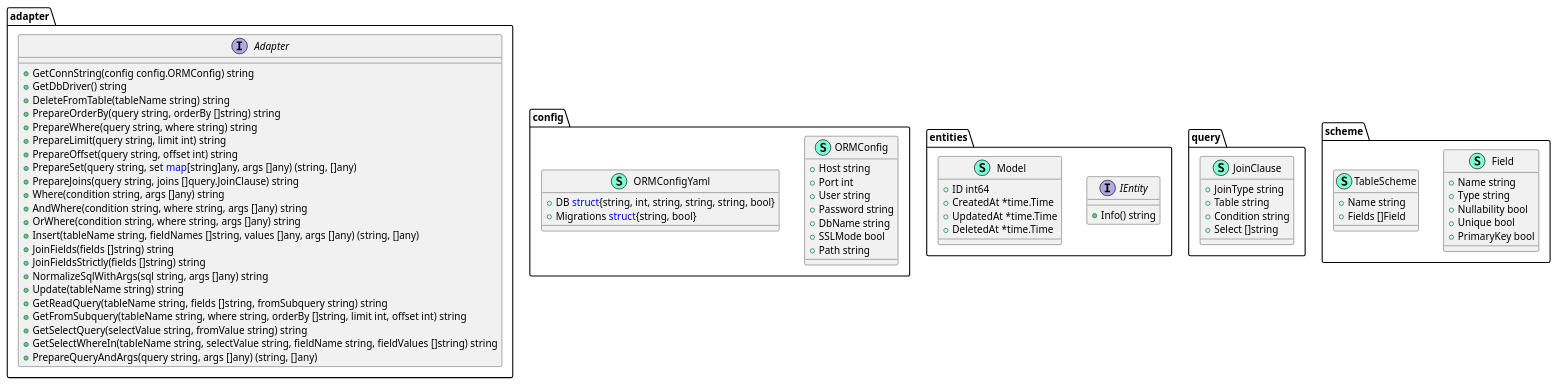
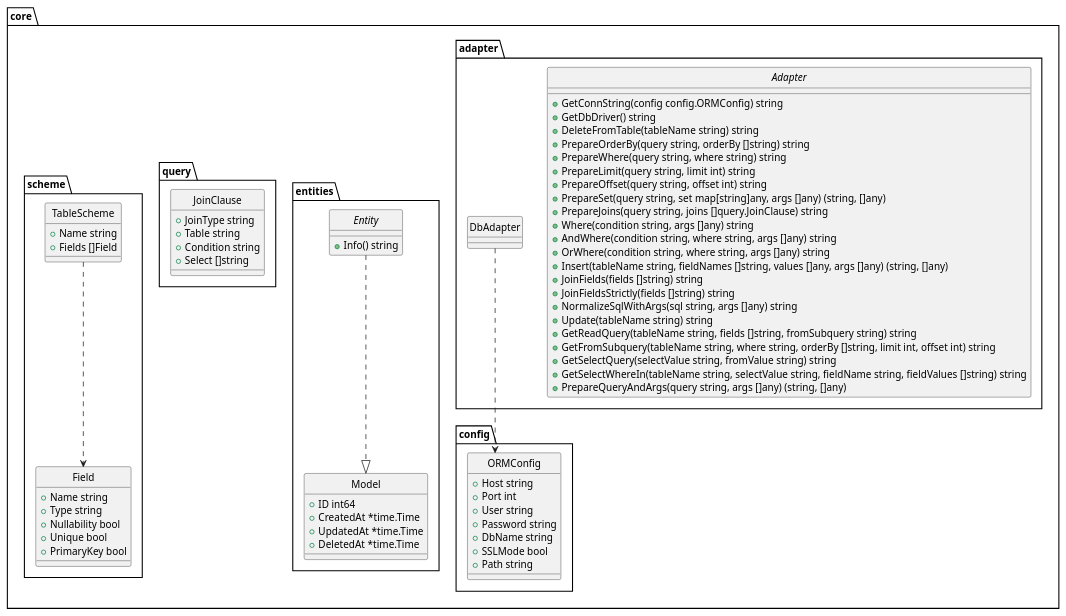
Before and after one commit to nonamecat19/go-orm: the diagram in diagrams/class/core.puml, drawn with PlantUML. The commit also changed 21 other files, not shown here.

Commit message:
docs: update diagrams

```diff
--- a/diagrams/class/core.puml
+++ b/diagrams/class/core.puml
@@ -1,93 +1,87 @@
 @startuml
-namespace adapter {
-    interface Adapter  {
-        + GetConnString(config config.ORMConfig) string
-        + GetDbDriver() string
-        + DeleteFromTable(tableName string) string
-        + PrepareOrderBy(query string, orderBy []string) string
-        + PrepareWhere(query string, where string) string
-        + PrepareLimit(query string, limit int) string
-        + PrepareOffset(query string, offset int) string
-        + PrepareSet(query string, set <font color=blue>map</font>[string]any, args []any) (string, []any)
-        + PrepareJoins(query string, joins []query.JoinClause) string
-        + Where(condition string, args []any) string
-        + AndWhere(condition string, where string, args []any) string
-        + OrWhere(condition string, where string, args []any) string
-        + Insert(tableName string, fieldNames []string, values []any, args []any) (string, []any)
-        + JoinFields(fields []string) string
-        + JoinFieldsStrictly(fields []string) string
-        + NormalizeSqlWithArgs(sql string, args []any) string
-        + Update(tableName string) string
-        + GetReadQuery(tableName string, fields []string, fromSubquery string) string
-        + GetFromSubquery(tableName string, where string, orderBy []string, limit int, offset int) string
-        + GetSelectQuery(selectValue string, fromValue string) string
-        + GetSelectWhereIn(tableName string, selectValue string, fieldName string, fieldValues []string) string
-        + PrepareQueryAndArgs(query string, args []any) (string, []any)
 
+skinparam style strictuml
+skinparam linetype ortho
+
+package core  {
+    package adapter {
+        interface Adapter  {
+            + GetConnString(config config.ORMConfig) string
+            + GetDbDriver() string
+            + DeleteFromTable(tableName string) string
+            + PrepareOrderBy(query string, orderBy []string) string
+            + PrepareWhere(query string, where string) string
+            + PrepareLimit(query string, limit int) string
+            + PrepareOffset(query string, offset int) string
+            + PrepareSet(query string, set map[string]any, args []any) (string, []any)
+            + PrepareJoins(query string, joins []query.JoinClause) string
+            + Where(condition string, args []any) string
+            + AndWhere(condition string, where string, args []any) string
+            + OrWhere(condition string, where string, args []any) string
+            + Insert(tableName string, fieldNames []string, values []any, args []any) (string, []any)
+            + JoinFields(fields []string) string
+            + JoinFieldsStrictly(fields []string) string
+            + NormalizeSqlWithArgs(sql string, args []any) string
+            + Update(tableName string) string
+            + GetReadQuery(tableName string, fields []string, fromSubquery string) string
+            + GetFromSubquery(tableName string, where string, orderBy []string, limit int, offset int) string
+            + GetSelectQuery(selectValue string, fromValue string) string
+            + GetSelectWhereIn(tableName string, selectValue string, fieldName string, fieldValues []string) string
+            + PrepareQueryAndArgs(query string, args []any) (string, []any)
+        }
     }
-}
+    core.adapter.DbAdapter ..> core.config.ORMConfig
+
+    package config {
+        class ORMConfig << (S,Aquamarine) >> {
+            + Host string
+            + Port int
+            + User string
+            + Password string
+            + DbName string
+            + SSLMode bool
+            + Path string
+        }
+    }
+
+    package entities {
+        interface Entity  {
+            + Info() string
+        }
+        class Model << (S,Aquamarine) >> {
+            + ID int64
+            + CreatedAt *time.Time
+            + UpdatedAt *time.Time
+            + DeletedAt *time.Time
+        }
+    }
+    core.entities.Entity ..|> core.entities.Model
+
+    package query {
+        class JoinClause << (S,Aquamarine) >> {
+            + JoinType string
+            + Table string
+            + Condition string
+            + Select []string
+        }
+    }
 
 
-namespace config {
-    class ORMConfig << (S,Aquamarine) >> {
-        + Host string
-        + Port int
-        + User string
-        + Password string
-        + DbName string
-        + SSLMode bool
-        + Path string
-
+    package scheme {
+        class Field << (S,Aquamarine) >> {
+            + Name string
+            + Type string
+            + Nullability bool
+            + Unique bool
+            + PrimaryKey bool
+        }
+        class TableScheme << (S,Aquamarine) >> {
+            + Name string
+            + Fields []Field
+        }
     }
-    class ORMConfigYaml << (S,Aquamarine) >> {
-        + DB <font color=blue>struct</font>{string, int, string, string, string, bool}
-        + Migrations <font color=blue>struct</font>{string, bool}
-
-    }
-}
-
-
-namespace entities {
-    interface IEntity  {
-        + Info() string
-
-    }
-    class Model << (S,Aquamarine) >> {
-        + ID int64
-        + CreatedAt *time.Time
-        + UpdatedAt *time.Time
-        + DeletedAt *time.Time
-
-    }
-}
-
-
-namespace query {
-    class JoinClause << (S,Aquamarine) >> {
-        + JoinType string
-        + Table string
-        + Condition string
-        + Select []string
-
-    }
-}
-
-
-namespace scheme {
-    class Field << (S,Aquamarine) >> {
-        + Name string
-        + Type string
-        + Nullability bool
-        + Unique bool
-        + PrimaryKey bool
-
-    }
-    class TableScheme << (S,Aquamarine) >> {
-        + Name string
-        + Fields []Field
-
-    }
+    core.scheme.TableScheme ..> core.scheme.Field
 }
 
 
 @enduml
```
